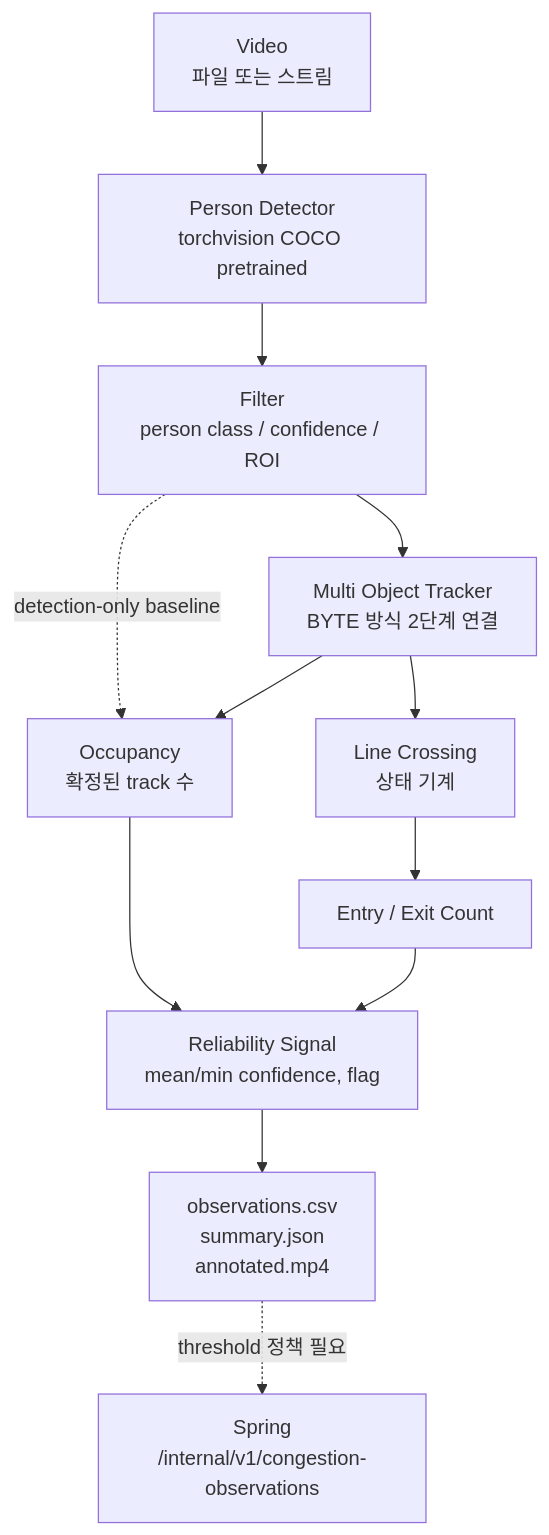
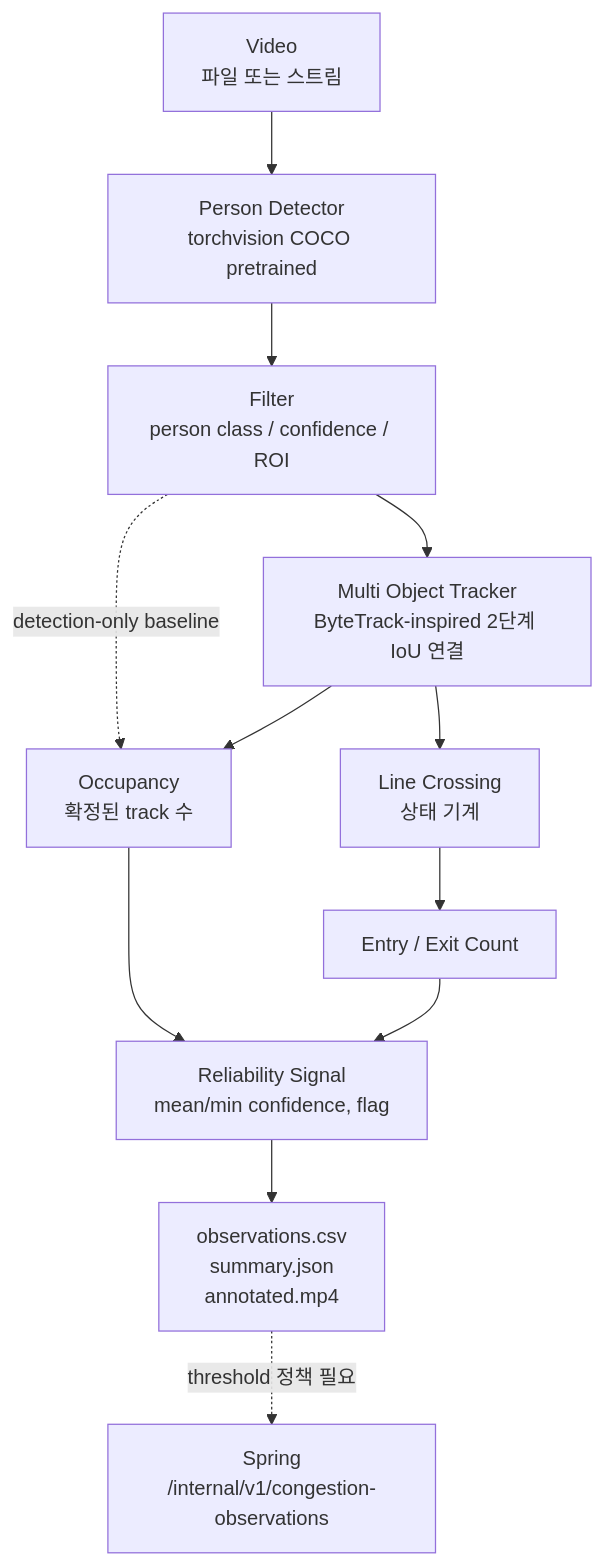
One commit to bab-planner/babplanner_ai changed the diagram in research/cctv_counting/README.md. Above: the diagram before and after it, drawn with Mermaid. The commit also changed other lines of this file and 21 other files, not shown here.

````diff
--- a/research/cctv_counting/README.md
+++ b/research/cctv_counting/README.md
@@ -58,14 +74,14 @@
 ```mermaid
 flowchart TD
     V[Video<br/>파일 또는 스트림] --> D[Person Detector<br/>torchvision COCO pretrained]
     D --> F[Filter<br/>person class / confidence / ROI]
-    F --> T[Multi Object Tracker<br/>BYTE 방식 2단계 연결]
+    F --> T[Multi Object Tracker<br/>ByteTrack-inspired 2단계 IoU 연결]
     F -.detection-only baseline.-> O1
     T --> O1[Occupancy<br/>확정된 track 수]
     T --> C[Line Crossing<br/>상태 기계]
     C --> E[Entry / Exit Count]
     O1 --> R[Reliability Signal<br/>mean/min confidence, flag]
     E --> R
     R --> OUT[observations.csv<br/>summary.json<br/>annotated.mp4]
     OUT -.threshold 정책 필요.-> S[Spring<br/>/internal/v1/congestion-observations]
 ```
````
